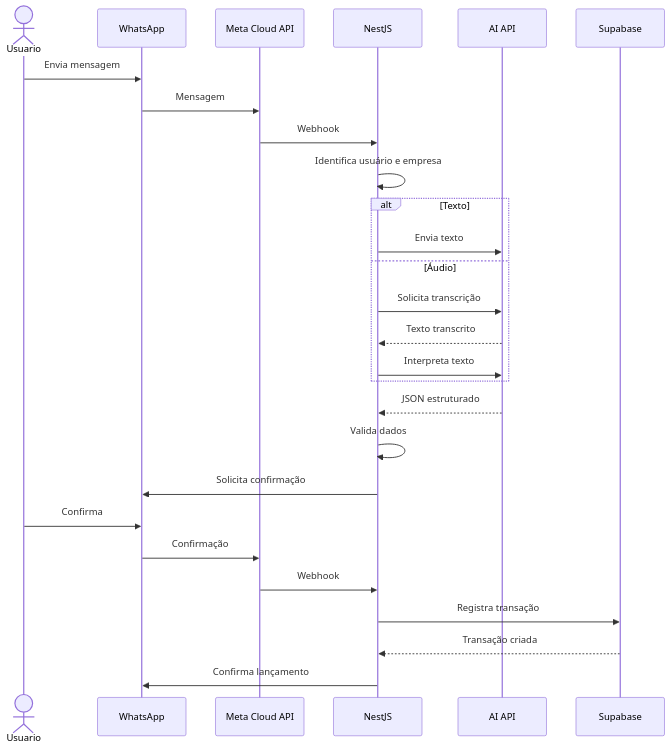
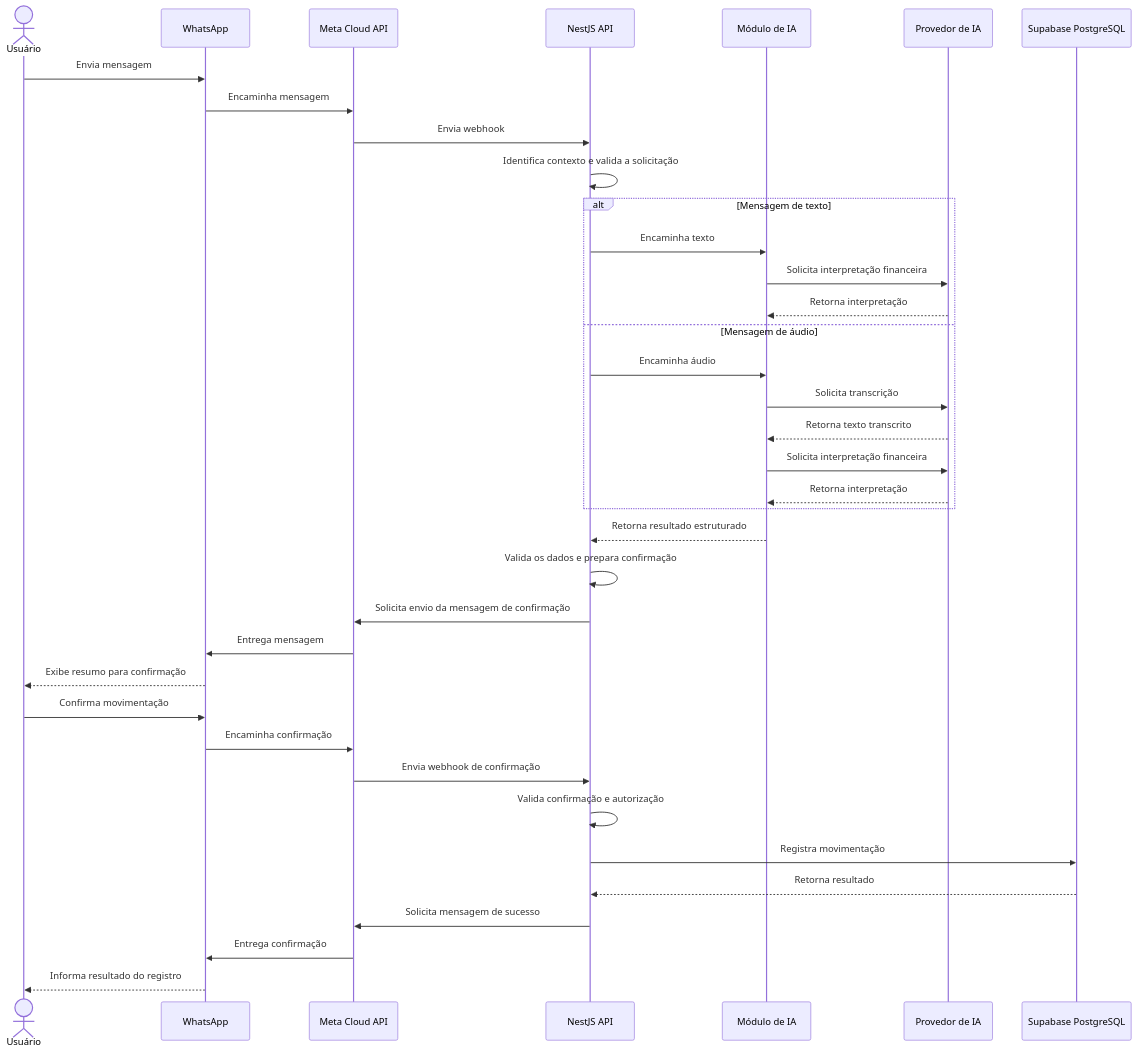
One commit to Rayck4dev/MetricsFlow_AI changed the fourth of 6 diagrams in docs/diagramas/uml.md. Above: the diagram before and after it, drawn with Mermaid. The commit also changed other lines of this file and 14 other files, not shown here.

````diff
--- a/docs/diagramas/uml.md
+++ b/docs/diagramas/uml.md
@@ -157,40 +224,46 @@
 ```mermaid
 sequenceDiagram
-
-    actor Usuario
-
+    actor Usuario as Usuário
     participant WhatsApp as WhatsApp
     participant Meta as Meta Cloud API
-    participant API as NestJS
-    participant AI as AI API
-    participant DB as Supabase
+    participant API as NestJS API
+    participant AI as Módulo de IA
+    participant Provider as Provedor de IA
+    participant DB as Supabase PostgreSQL
 
     Usuario->>WhatsApp: Envia mensagem
-    WhatsApp->>Meta: Mensagem
-    Meta->>API: Webhook
+    WhatsApp->>Meta: Encaminha mensagem
+    Meta->>API: Envia webhook
 
-    API->>API: Identifica usuário e empresa
+    API->>API: Identifica contexto e valida a solicitação
 
-    alt Texto
-        API->>AI: Envia texto
-    else Áudio
-        API->>AI: Solicita transcrição
-        AI-->>API: Texto transcrito
-        API->>AI: Interpreta texto
+    alt Mensagem de texto
+        API->>AI: Encaminha texto
+        AI->>Provider: Solicita interpretação financeira
+        Provider-->>AI: Retorna interpretação
+    else Mensagem de áudio
+        API->>AI: Encaminha áudio
+        AI->>Provider: Solicita transcrição
+        Provider-->>AI: Retorna texto transcrito
+        AI->>Provider: Solicita interpretação financeira
+        Provider-->>AI: Retorna interpretação
     end
 
-    AI-->>API: JSON estruturado
+    AI-->>API: Retorna resultado estruturado
+    API->>API: Valida os dados e prepara confirmação
+    API->>Meta: Solicita envio da mensagem de confirmação
+    Meta->>WhatsApp: Entrega mensagem
+    WhatsApp-->>Usuario: Exibe resumo para confirmação
 
-    API->>API: Valida dados
-    API->>WhatsApp: Solicita confirmação
+    Usuario->>WhatsApp: Confirma movimentação
+    WhatsApp->>Meta: Encaminha confirmação
+    Meta->>API: Envia webhook de confirmação
 
-    Usuario->>WhatsApp: Confirma
+    API->>API: Valida confirmação e autorização
+    API->>DB: Registra movimentação
+    DB-->>API: Retorna resultado
 
-    WhatsApp->>Meta: Confirmação
-    Meta->>API: Webhook
-
-    API->>DB: Registra transação
-    DB-->>API: Transação criada
-
-    API->>WhatsApp: Confirma lançamento
+    API->>Meta: Solicita mensagem de sucesso
+    Meta->>WhatsApp: Entrega confirmação
+    WhatsApp-->>Usuario: Informa resultado do registro
 ```
````
